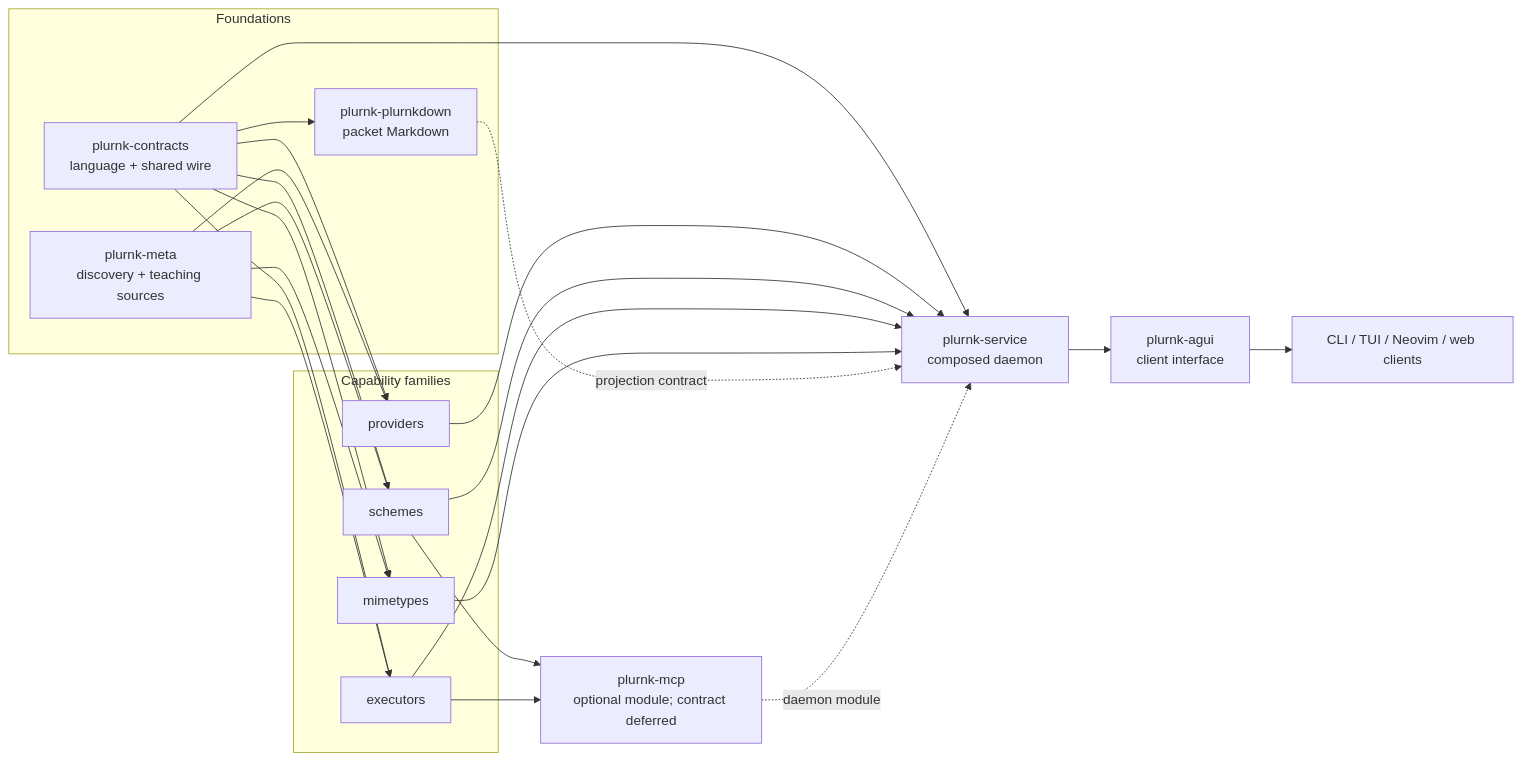
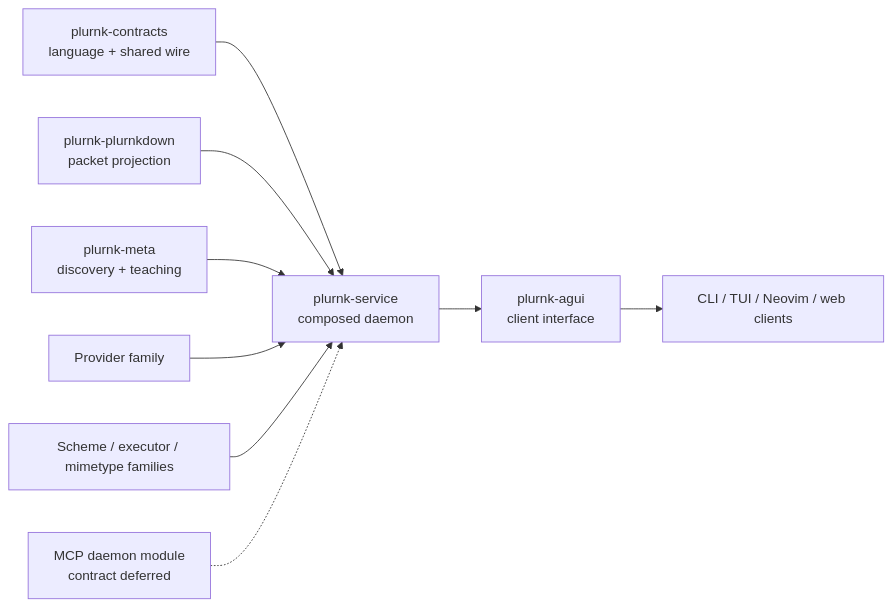
One commit to plurnk/plurnk-service changed the second of 4 diagrams in ARCHITECTURE.md. Above: the diagram before and after it, drawn with Mermaid. The commit also changed other lines of this file and 1 other file, not shown here.

Commit message:
docs: align keystone diagrams (#26)

````diff
--- a/ARCHITECTURE.md
+++ b/ARCHITECTURE.md
@@ -32,41 +32,12 @@
 ```mermaid
 flowchart LR
-    subgraph foundation[Foundations]
-        contracts["plurnk-contracts<br/>language + shared wire"]
-        packet["plurnk-plurnkdown<br/>packet Markdown"]
-        meta["plurnk-meta<br/>discovery + teaching sources"]
-    end
-
-    subgraph families[Capability families]
-        providers[providers]
-        schemes[schemes]
-        execs[executors]
-        mimetypes[mimetypes]
-    end
-
+    contracts["plurnk-contracts<br/>language + shared wire"] --> core
+    packet["plurnk-plurnkdown<br/>packet projection"] --> core
+    meta["plurnk-meta<br/>discovery + teaching"] --> core
+    providers["Provider family"] --> core
+    capabilities["Scheme / executor / mimetype families"] --> core
+    mcp["MCP daemon module<br/>contract deferred"] -.-> core
     core["plurnk-service<br/>composed daemon"]
-    mcp["plurnk-mcp<br/>optional module; contract deferred"]
-    agui["plurnk-agui<br/>client interface"]
-    clients["CLI / TUI / Neovim / web clients"]
-
-    contracts --> providers
-    contracts --> schemes
-    contracts --> execs
-    contracts --> mimetypes
-    contracts --> packet
-    contracts --> core
-    meta --> providers
-    meta --> schemes
-    meta --> execs
-    meta --> mimetypes
-    providers --> core
-    schemes --> core
-    execs --> core
-    mimetypes --> core
-    packet -. projection contract .-> core
-    schemes --> mcp
-    execs --> mcp
-    mcp -. daemon module .-> core
-    core --> agui
-    agui --> clients
+    core --> agui["plurnk-agui<br/>client interface"]
+    agui --> clients["CLI / TUI / Neovim / web clients"]
 ```
````
